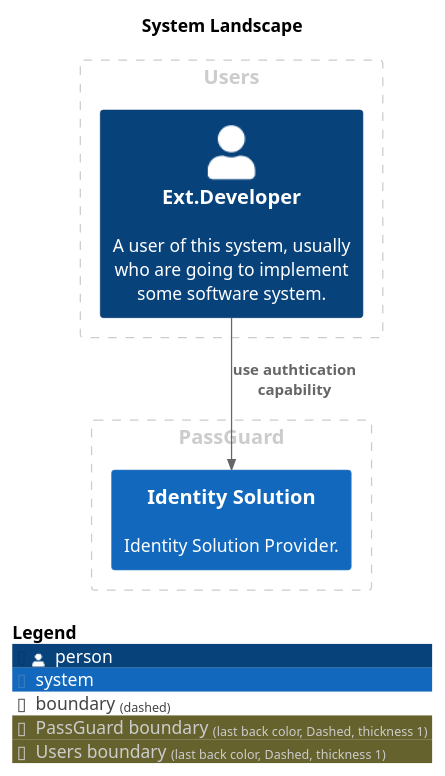
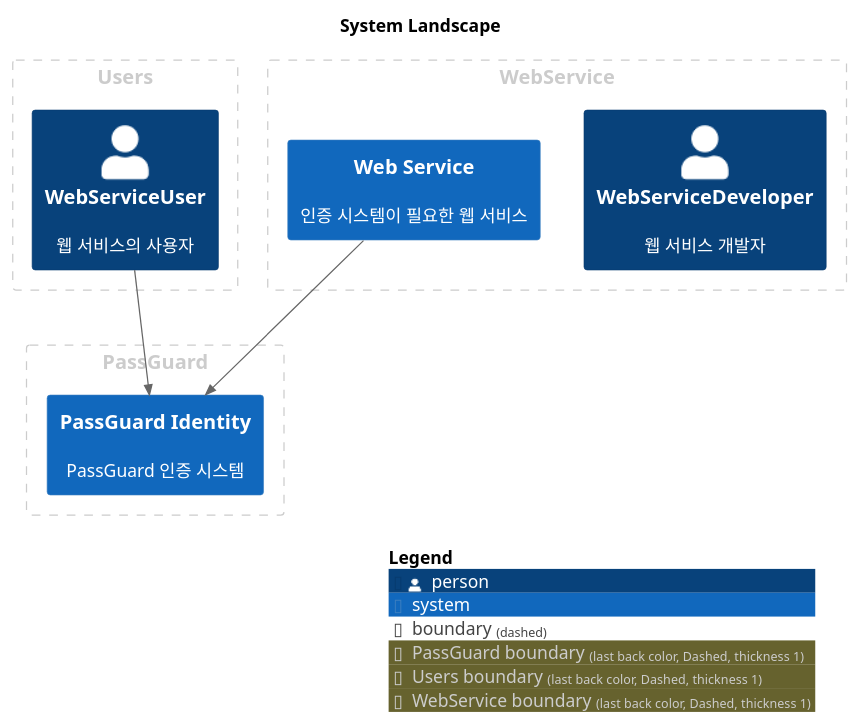
Before and after one commit to IntellectusCorp/passguard-docs: the diagram in master/puml/SystemLandscape.puml, drawn with PlantUML. The commit also changed 78 other files, not shown here.

```diff
--- a/master/puml/SystemLandscape.puml
+++ b/master/puml/SystemLandscape.puml
@@ -1,24 +1,31 @@
 @startuml
 set separator none
 title System Landscape
 
 top to bottom direction
 
 !include <C4/C4>
 !include <C4/C4_Context>
 
 AddBoundaryTag("PassGuard", $borderColor="#cccccc", $fontColor="#cccccc", $borderStyle="Dashed", $borderThickness="1")
 Boundary(group_1, "PassGuard", $tags="PassGuard") {
-  System(IdentitySolution, "Identity Solution", $descr="Identity Solution Provider.", $tags="", $link="")
+  System(PassGuardIdentity, "PassGuard Identity", $descr="PassGuard 인증 시스템", $tags="", $link="")
 }
 
 AddBoundaryTag("Users", $borderColor="#cccccc", $fontColor="#cccccc", $borderStyle="Dashed", $borderThickness="1")
 Boundary(group_2, "Users", $tags="Users") {
-  Person(ExtDeveloper, "Ext.Developer", $descr="A user of this system, usually who are going to implement some software system.", $tags="", $link="")
+  Person(WebServiceUser, "WebServiceUser", $descr="웹 서비스의 사용자", $tags="", $link="")
+}
+
+AddBoundaryTag("WebService", $borderColor="#cccccc", $fontColor="#cccccc", $borderStyle="Dashed", $borderThickness="1")
+Boundary(group_3, "WebService", $tags="WebService") {
+  Person(WebServiceDeveloper, "WebServiceDeveloper", $descr="웹 서비스 개발자", $tags="", $link="")
+  System(WebService, "Web Service", $descr="인증 시스템이 필요한 웹 서비스", $tags="", $link="")
 }
 
 
-Rel(ExtDeveloper, IdentitySolution, "use authtication capability", $techn="", $tags="", $link="")
+Rel(WebServiceUser, PassGuardIdentity, "", $techn="", $tags="", $link="")
+Rel(WebService, PassGuardIdentity, "", $techn="", $tags="", $link="")
 
 SHOW_LEGEND(true)
 @enduml
```
